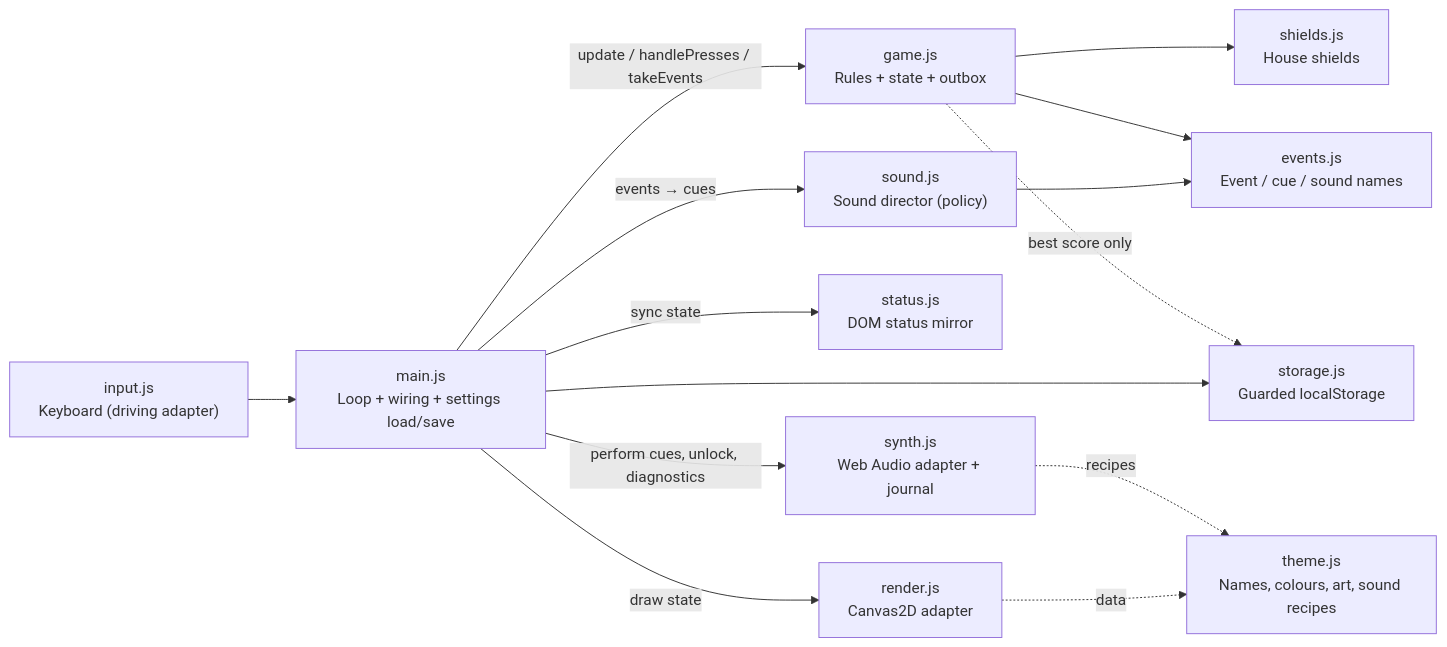
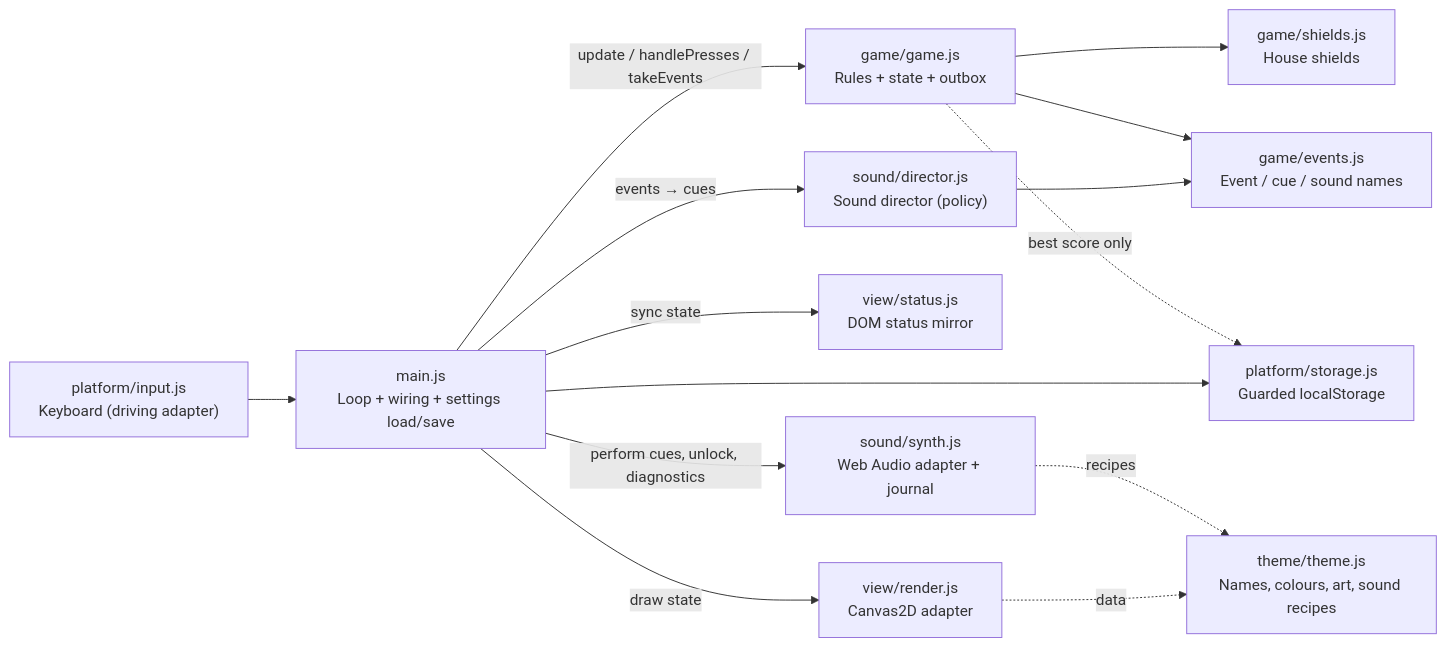
The third of 3 diagrams in docs/product/architecture/brief.md (lagom1985/rightmove-space-invaders), drawn with Mermaid before and after one commit. The commit also changed other lines of this file and 38 other files, not shown here.

First line of the commit message:
refactor: organise src into game, sound, view, platform and theme

````diff
--- a/docs/product/architecture/brief.md
+++ b/docs/product/architecture/brief.md
@@ -54,16 +56,16 @@
 ```mermaid
 flowchart LR
-  kb["input.js<br/>Keyboard (driving adapter)"] --> main
-  main["main.js<br/>Loop + wiring + settings load/save"] -->|update / handlePresses / takeEvents| game["game.js<br/>Rules + state + outbox"]
-  game --> shields["shields.js<br/>House shields"]
-  game --> events["events.js<br/>Event / cue / sound names"]
-  game -. best score only .-> storage["storage.js<br/>Guarded localStorage"]
+  kb["platform/input.js<br/>Keyboard (driving adapter)"] --> main
+  main["main.js<br/>Loop + wiring + settings load/save"] -->|update / handlePresses / takeEvents| game["game/game.js<br/>Rules + state + outbox"]
+  game --> shields["game/shields.js<br/>House shields"]
+  game --> events["game/events.js<br/>Event / cue / sound names"]
+  game -. best score only .-> storage["platform/storage.js<br/>Guarded localStorage"]
   main --> storage
-  main -->|draw state| render["render.js<br/>Canvas2D adapter"]
-  main -->|sync state| status["status.js<br/>DOM status mirror"]
-  main -->|events → cues| director["sound.js<br/>Sound director (policy)"]
+  main -->|draw state| render["view/render.js<br/>Canvas2D adapter"]
+  main -->|sync state| status["view/status.js<br/>DOM status mirror"]
+  main -->|events → cues| director["sound/director.js<br/>Sound director (policy)"]
   director --> events
-  main -->|perform cues, unlock, diagnostics| synth["synth.js<br/>Web Audio adapter + journal"]
-  synth -. recipes .-> theme["theme.js<br/>Names, colours, art, sound recipes"]
+  main -->|perform cues, unlock, diagnostics| synth["sound/synth.js<br/>Web Audio adapter + journal"]
+  synth -. recipes .-> theme["theme/theme.js<br/>Names, colours, art, sound recipes"]
   render -. data .-> theme
 ```
````
